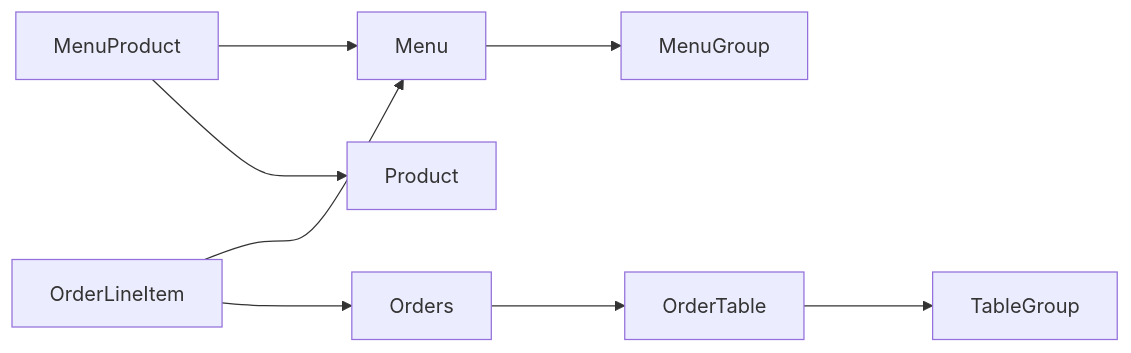
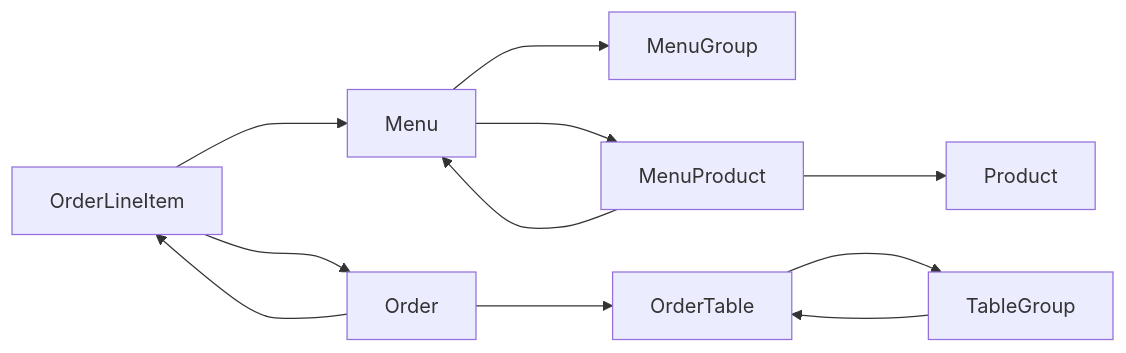
The diagram in README.md (woowacourse/jwp-refactoring), drawn with Mermaid before and after one commit. The commit also changed other lines of this file, not shown here.

````diff
--- a/README.md
+++ b/README.md
@@ -4,19 +5,21 @@
 ```mermaid
 flowchart LR
     Menu
     MenuGroup
     MenuProduct
     OrderLineItem
-    Orders
     OrderTable
     MenuProduct
     TableGroup
     
     Menu ---> MenuGroup
+    Menu ---> MenuProduct
     MenuProduct ---> Menu
     MenuProduct ---> Product
     OrderLineItem ---> Menu
-    OrderLineItem ---> Orders
-    Orders ---> OrderTable
+    OrderLineItem ---> Order
+    Order ---> OrderLineItem
+    Order ---> OrderTable
     OrderTable ---> TableGroup
+    TableGroup ---> OrderTable
 ```
````
